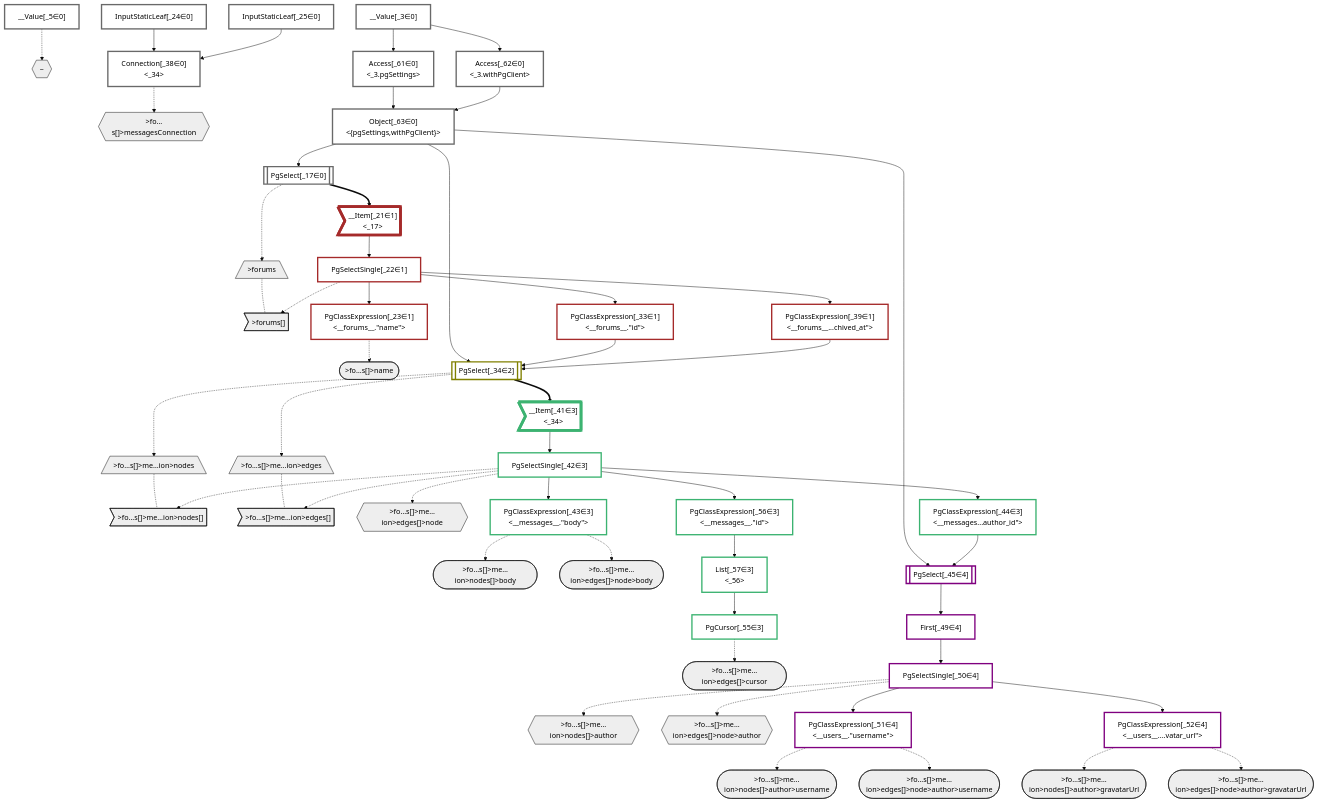
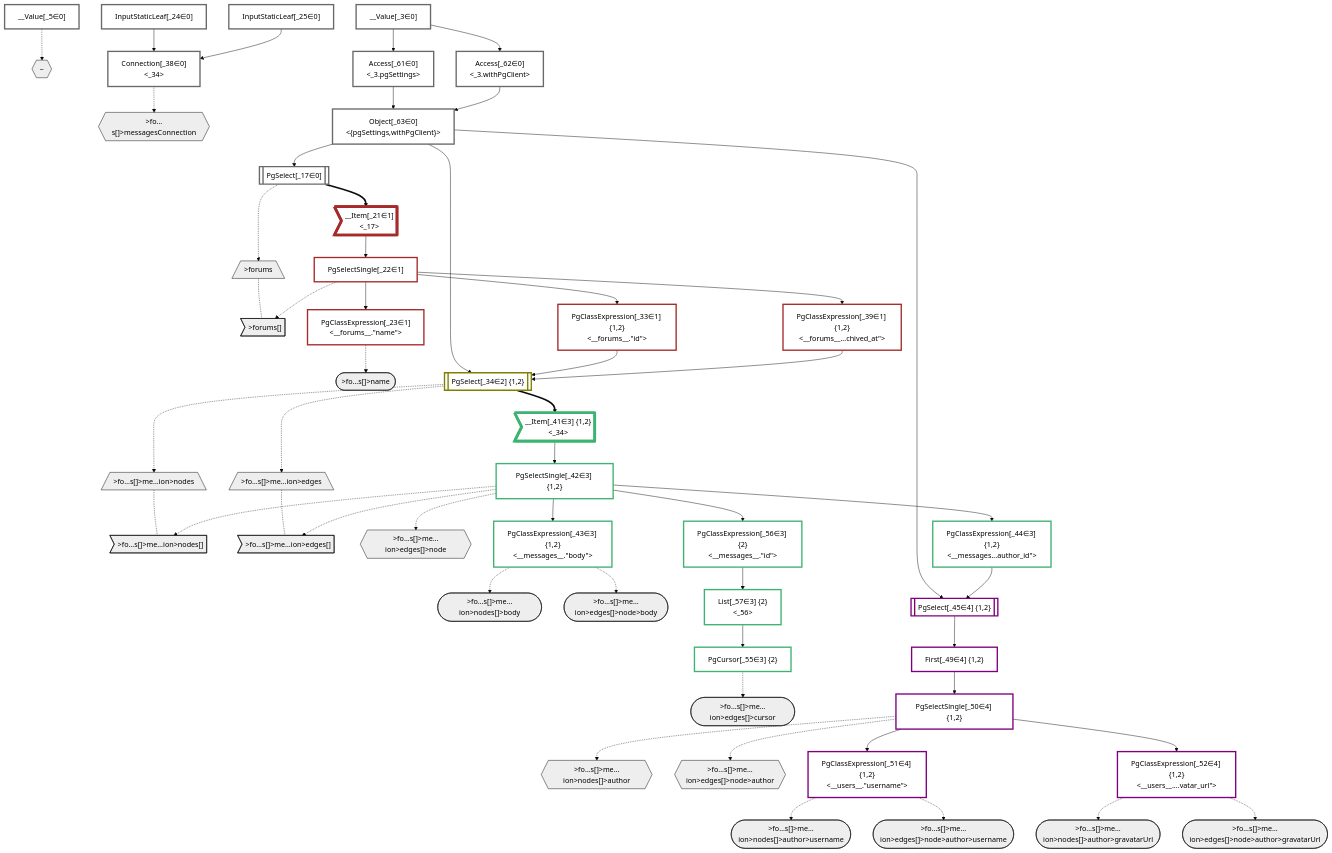
Before and after one commit to graphile/crystal: the diagram in packages/dataplan-pg/__tests__/queries/conditions/archived-forum-inherited-messages.defer-3.deopt.mermaid.md, drawn with Mermaid (base theme). The commit also changed 46 other files, not shown here.

Commit message:
Add groupIds to plan graphs

```diff
--- a/packages/dataplan-pg/__tests__/queries/conditions/archived-forum-inherited-messages.defer-3.deopt.mermaid.md
+++ b/packages/dataplan-pg/__tests__/queries/conditions/archived-forum-inherited-messages.defer-3.deopt.mermaid.md
@@ -54,22 +54,22 @@
     PgClassExpression_23["PgClassExpression[_23∈1]<br /><__forums__.#quot;name#quot;>"]:::plan
     InputStaticLeaf_24["InputStaticLeaf[_24∈0]"]:::plan
     InputStaticLeaf_25["InputStaticLeaf[_25∈0]"]:::plan
-    PgClassExpression_33["PgClassExpression[_33∈1]<br /><__forums__.#quot;id#quot;>"]:::plan
-    PgSelect_34[["PgSelect[_34∈2]<br /><messages>"]]:::plan
+    PgClassExpression_33["PgClassExpression[_33∈1] {1,2}<br /><__forums__.#quot;id#quot;>"]:::plan
+    PgSelect_34[["PgSelect[_34∈2] {1,2}<br /><messages>"]]:::plan
     Connection_38["Connection[_38∈0]<br /><_34>"]:::plan
-    PgClassExpression_39["PgClassExpression[_39∈1]<br /><__forums__...chived_at#quot;>"]:::plan
-    __Item_41>"__Item[_41∈3]<br /><_34>"]:::itemplan
-    PgSelectSingle_42["PgSelectSingle[_42∈3]<br /><messages>"]:::plan
-    PgClassExpression_43["PgClassExpression[_43∈3]<br /><__messages__.#quot;body#quot;>"]:::plan
-    PgClassExpression_44["PgClassExpression[_44∈3]<br /><__messages...author_id#quot;>"]:::plan
-    PgSelect_45[["PgSelect[_45∈4]<br /><users>"]]:::plan
-    First_49["First[_49∈4]"]:::plan
-    PgSelectSingle_50["PgSelectSingle[_50∈4]<br /><users>"]:::plan
-    PgClassExpression_51["PgClassExpression[_51∈4]<br /><__users__.#quot;username#quot;>"]:::plan
-    PgClassExpression_52["PgClassExpression[_52∈4]<br /><__users__....vatar_url#quot;>"]:::plan
-    PgCursor_55["PgCursor[_55∈3]"]:::plan
-    PgClassExpression_56["PgClassExpression[_56∈3]<br /><__messages__.#quot;id#quot;>"]:::plan
-    List_57["List[_57∈3]<br /><_56>"]:::plan
+    PgClassExpression_39["PgClassExpression[_39∈1] {1,2}<br /><__forums__...chived_at#quot;>"]:::plan
+    __Item_41>"__Item[_41∈3] {1,2}<br /><_34>"]:::itemplan
+    PgSelectSingle_42["PgSelectSingle[_42∈3] {1,2}<br /><messages>"]:::plan
+    PgClassExpression_43["PgClassExpression[_43∈3] {1,2}<br /><__messages__.#quot;body#quot;>"]:::plan
+    PgClassExpression_44["PgClassExpression[_44∈3] {1,2}<br /><__messages...author_id#quot;>"]:::plan
+    PgSelect_45[["PgSelect[_45∈4] {1,2}<br /><users>"]]:::plan
+    First_49["First[_49∈4] {1,2}"]:::plan
+    PgSelectSingle_50["PgSelectSingle[_50∈4] {1,2}<br /><users>"]:::plan
+    PgClassExpression_51["PgClassExpression[_51∈4] {1,2}<br /><__users__.#quot;username#quot;>"]:::plan
+    PgClassExpression_52["PgClassExpression[_52∈4] {1,2}<br /><__users__....vatar_url#quot;>"]:::plan
+    PgCursor_55["PgCursor[_55∈3] {2}"]:::plan
+    PgClassExpression_56["PgClassExpression[_56∈3] {2}<br /><__messages__.#quot;id#quot;>"]:::plan
+    List_57["List[_57∈3] {2}<br /><_56>"]:::plan
     Access_61["Access[_61∈0]<br /><_3.pgSettings>"]:::plan
     Access_62["Access[_62∈0]<br /><_3.withPgClient>"]:::plan
     Object_63["Object[_63∈0]<br /><{pgSettings,withPgClient}>"]:::plan
```
